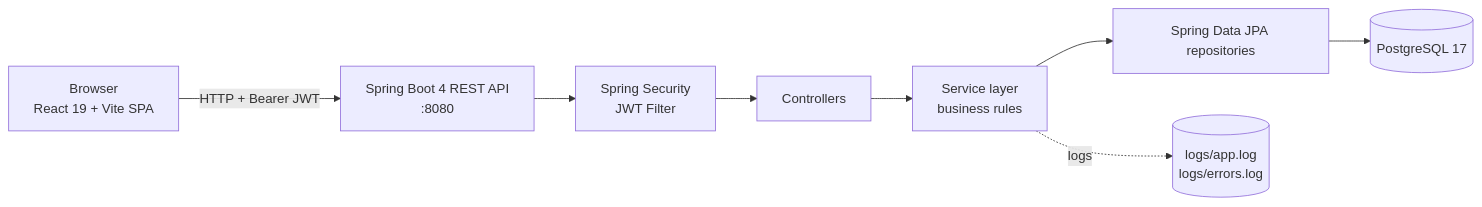
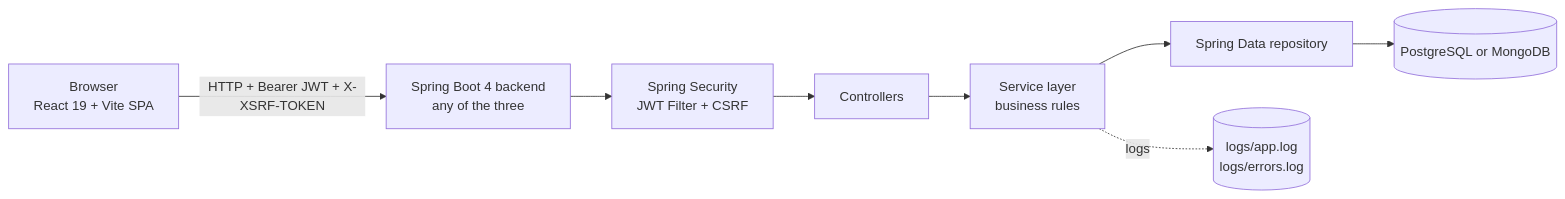
Before and after one commit to Hvdri/WorkoutTracker: the fourth of 5 diagrams in README.md, drawn with Mermaid. The commit also changed other lines of this file and 12 other files, not shown here.

````diff
--- a/README.md
+++ b/README.md
@@ -167,10 +223,10 @@
 ```mermaid
 flowchart LR
-    Browser[Browser<br/>React 19 + Vite SPA] -->|HTTP + Bearer JWT| API[Spring Boot 4 REST API<br/>:8080]
-    API --> SEC[Spring Security<br/>JWT Filter]
+    Browser[Browser<br/>React 19 + Vite SPA] -->|HTTP + Bearer JWT + X-XSRF-TOKEN| API[Spring Boot 4 backend<br/>any of the three]
+    API --> SEC[Spring Security<br/>JWT Filter + CSRF]
     SEC --> CTRL[Controllers]
     CTRL --> SVC[Service layer<br/>business rules]
-    SVC --> REPO[Spring Data JPA repositories]
-    REPO --> DB[(PostgreSQL 17)]
+    SVC --> REPO[Spring Data repository]
+    REPO --> DB[(PostgreSQL or MongoDB)]
     SVC -.logs.-> LOGS[(logs/app.log<br/>logs/errors.log)]
 ```
````
